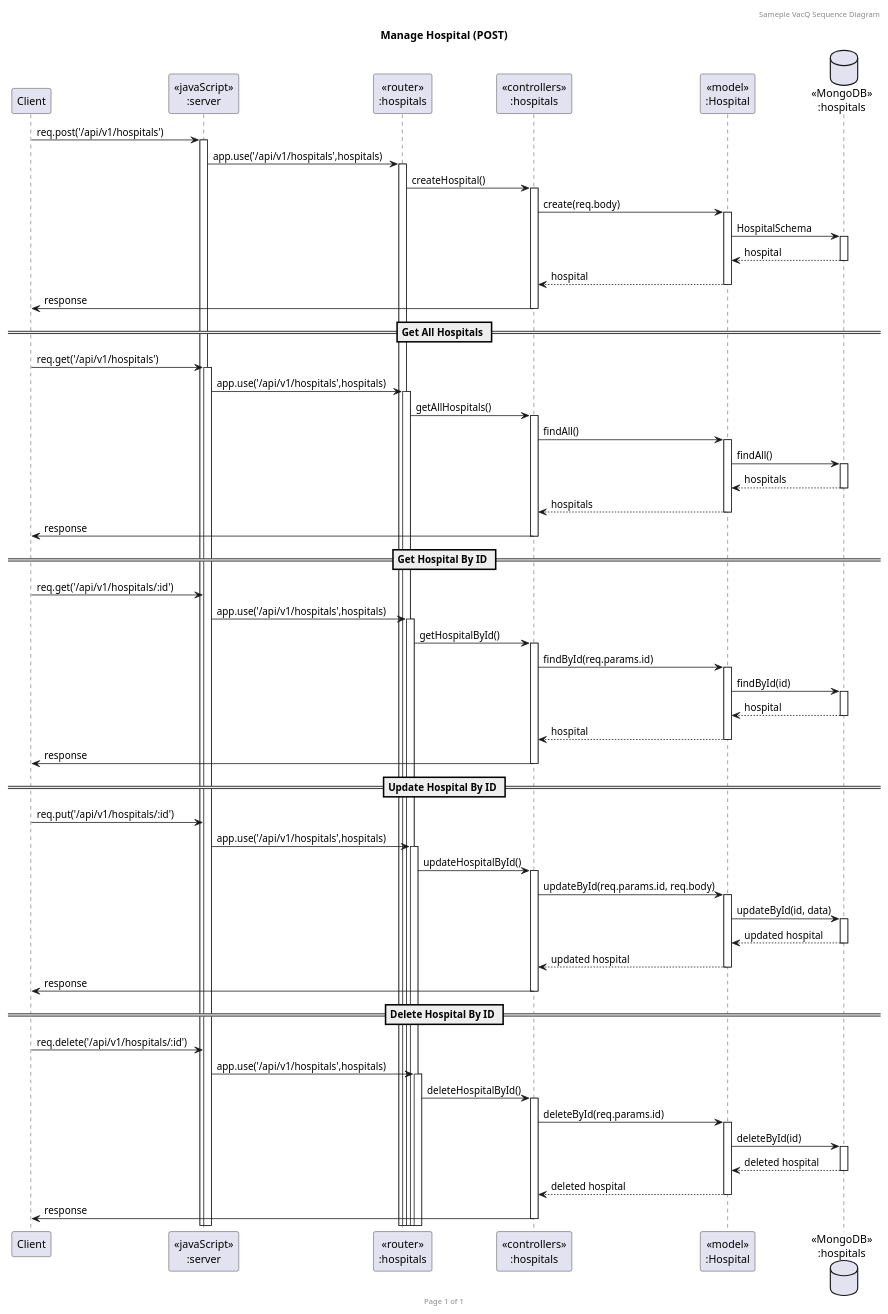
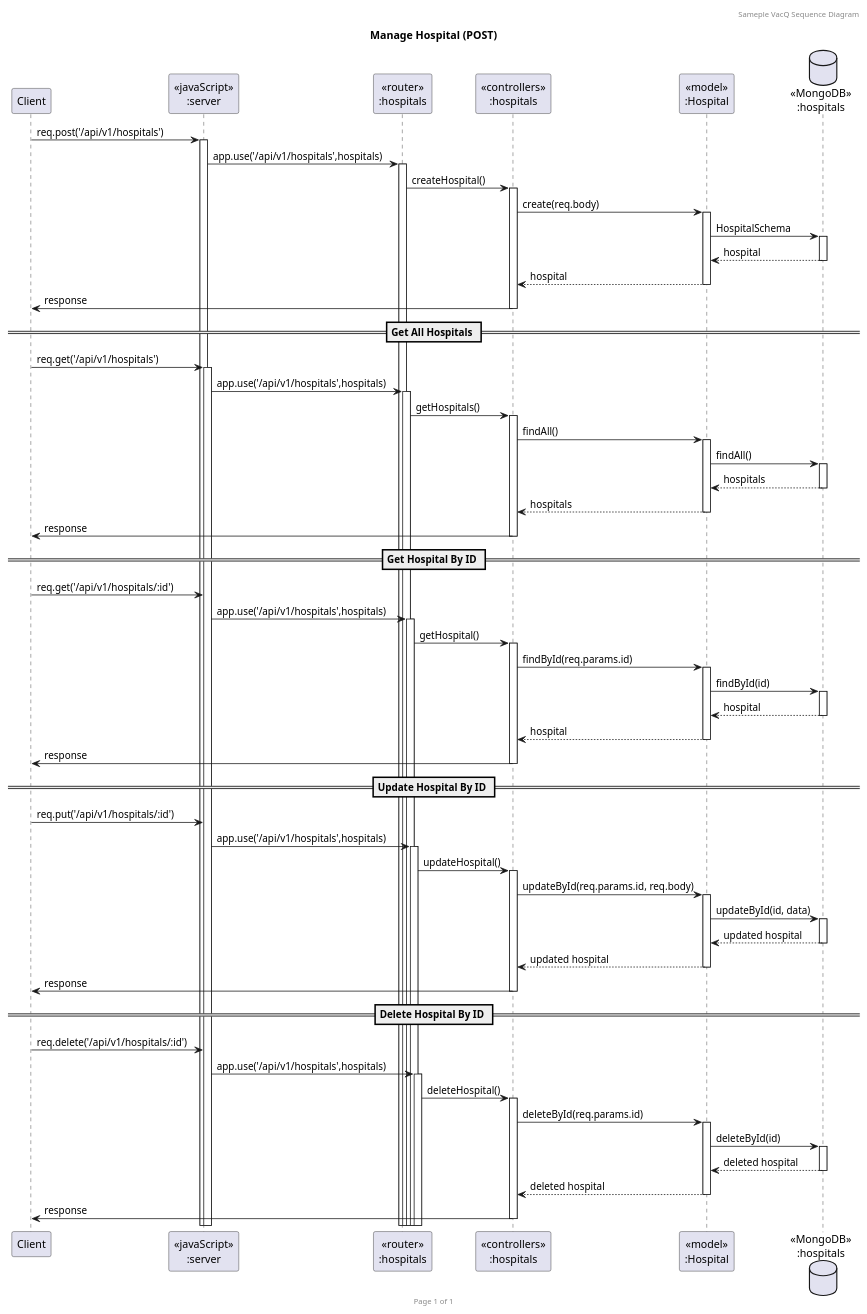
The diagram in Chapter5/VacQSequence.puml (PhoengZ/Software_develop_practicing_class), drawn with PlantUML before and after one commit.

Commit message:
Update sequence diagram

```diff
--- a/Chapter5/VacQSequence.puml
+++ b/Chapter5/VacQSequence.puml
@@ -1,65 +1,65 @@
 @startuml Manage Hospital (POST)
 
 header Sameple VacQ Sequence Diagram
 footer Page %page% of %lastpage%
 title "Manage Hospital (POST)"
 
 participant "Client" as client
 participant "<<javaScript>>\n:server" as server
 participant "<<router>>\n:hospitals" as routerHospitals
 participant "<<controllers>>\n:hospitals" as controllersHospitals
 participant "<<model>>\n:Hospital" as modelHospital
 database "<<MongoDB>>\n:hospitals" as HospitalsDatabase
 
 client->server ++:req.post('/api/v1/hospitals')
 server->routerHospitals ++:app.use('/api/v1/hospitals',hospitals)
 routerHospitals -> controllersHospitals ++:createHospital()
 controllersHospitals->modelHospital ++:create(req.body)
 modelHospital ->HospitalsDatabase ++: HospitalSchema
 HospitalsDatabase --> modelHospital --: hospital
 controllersHospitals <-- modelHospital --:hospital
 controllersHospitals->client --:response
 
 
 == Get All Hospitals == 
 
 client->server ++:req.get('/api/v1/hospitals')
 server->routerHospitals ++:app.use('/api/v1/hospitals',hospitals)
-routerHospitals -> controllersHospitals ++:getAllHospitals()
+routerHospitals -> controllersHospitals ++:getHospitals()
 controllersHospitals -> modelHospital ++:findAll()
 modelHospital -> HospitalsDatabase ++: findAll()
 HospitalsDatabase --> modelHospital --:hospitals
 modelHospital --> controllersHospitals --:hospitals
 controllersHospitals ->client --:response
 == Get Hospital By ID ==
 
 client->server :req.get('/api/v1/hospitals/:id')
 server->routerHospitals ++:app.use('/api/v1/hospitals',hospitals)
-routerHospitals -> controllersHospitals ++:getHospitalById()
+routerHospitals -> controllersHospitals ++:getHospital()
 controllersHospitals -> modelHospital ++:findById(req.params.id)
 modelHospital -> HospitalsDatabase ++: findById(id)
 HospitalsDatabase --> modelHospital --:hospital
 modelHospital --> controllersHospitals --:hospital
 controllersHospitals ->client --:response
 
 == Update Hospital By ID ==
 
 client->server :req.put('/api/v1/hospitals/:id')
 server->routerHospitals ++:app.use('/api/v1/hospitals',hospitals)
-routerHospitals -> controllersHospitals ++:updateHospitalById()
+routerHospitals -> controllersHospitals ++:updateHospital()
 controllersHospitals -> modelHospital ++:updateById(req.params.id, req.body)
 modelHospital -> HospitalsDatabase ++: updateById(id, data)
 HospitalsDatabase --> modelHospital --:updated hospital
 modelHospital --> controllersHospitals --:updated hospital
 controllersHospitals ->client --:response
 == Delete Hospital By ID == 
 
 client->server :req.delete('/api/v1/hospitals/:id')
 server->routerHospitals ++:app.use('/api/v1/hospitals',hospitals)
-routerHospitals -> controllersHospitals ++:deleteHospitalById()
+routerHospitals -> controllersHospitals ++:deleteHospital()
 controllersHospitals -> modelHospital ++:deleteById(req.params.id)
 modelHospital -> HospitalsDatabase ++: deleteById(id)
 HospitalsDatabase --> modelHospital --:deleted hospital
 modelHospital --> controllersHospitals --:deleted hospital
 controllersHospitals ->client --:response
 @enduml
```
